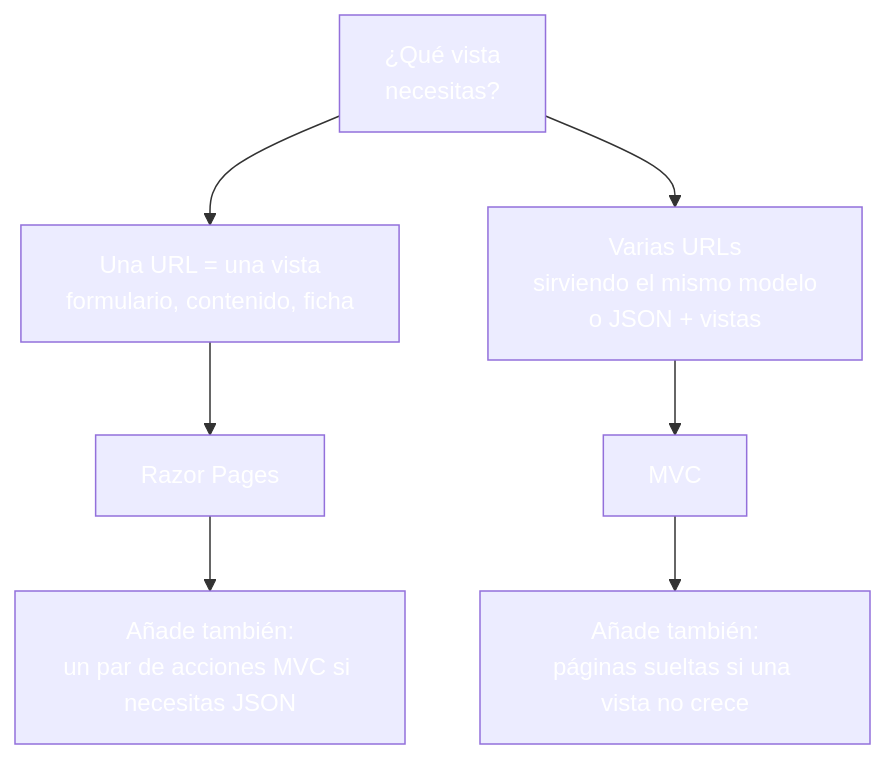
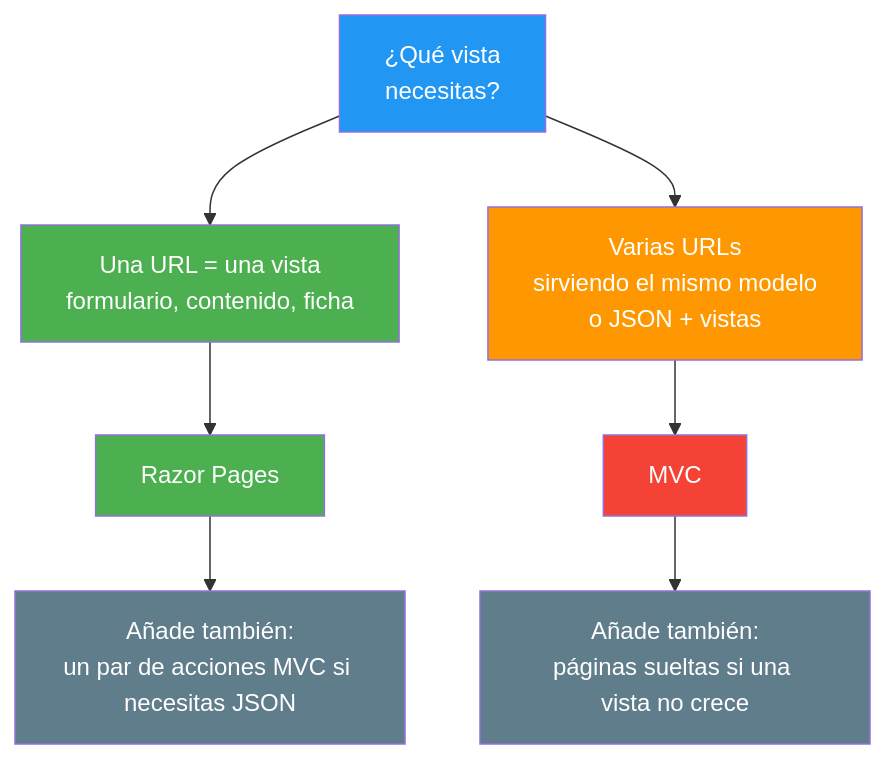
Before and after one commit to joseluisgs/DesarrolloWebEntornosServidor-03-2026-2027: the second of 4 diagrams in 12-mvc-vs-razorpages.md, drawn with Mermaid. The commit also changed other lines of this file and 25 other files, not shown here.

Commit message:
docs: corregir los estilos Mermaid de los temas y alinear el dominio del tema 25 con ProductosApp

````diff
--- a/12-mvc-vs-razorpages.md
+++ b/12-mvc-vs-razorpages.md
@@ -76,16 +76,16 @@
 ```mermaid
 graph TD
     A["¿Qué vista<br/>necesitas?"] --> B["Una URL = una vista<br/>formulario, contenido, ficha"]
     A --> C["Varias URLs<br/>sirviendo el mismo modelo<br/>o JSON + vistas"]
     B --> D["Razor Pages"]
     C --> E["MVC"]
     D --> F["Añade también:<br/>un par de acciones MVC si necesitas JSON"]
     E --> G["Añade también:<br/>páginas sueltas si una vista no crece"]
-    style A fill:#2196F,color:#fff3,color:#fff
-    style B fill:#4CAF5,color:#fff0,color:#fff
-    style C fill:#FF980,color:#fff0,color:#fff
-    style D fill:#4CAF5,color:#fff0,color:#fff
-    style E fill:#f4433,color:#fff6,color:#fff
-    style F fill:#607D8,color:#fffB,color:#fff
-    style G fill:#607D8,color:#fffB,color:#fff
+    style A fill:#2196F3,color:#fff
+    style B fill:#4CAF50,color:#fff
+    style C fill:#FF9800,color:#fff
+    style D fill:#4CAF50,color:#fff
+    style E fill:#f44336,color:#fff
+    style F fill:#607D8B,color:#fff
+    style G fill:#607D8B,color:#fff
 ```
````
